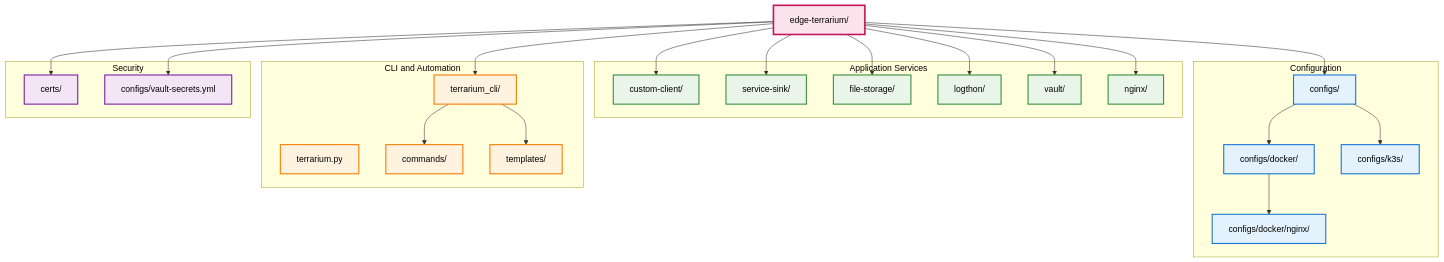
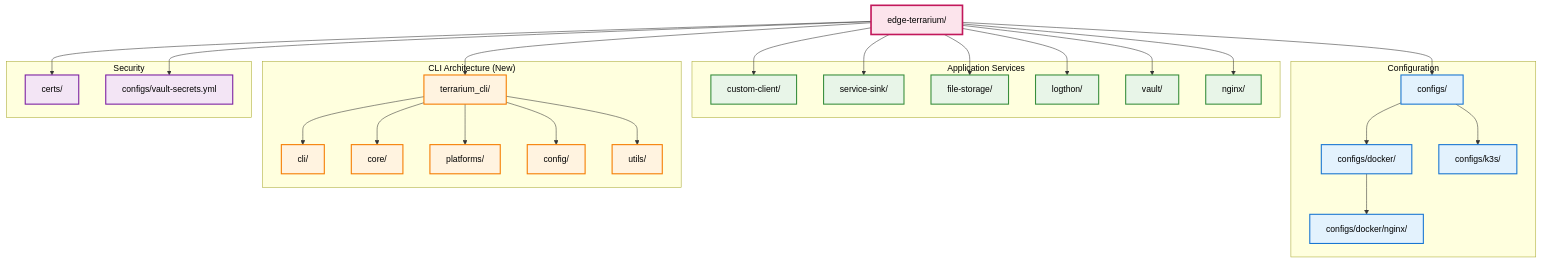
The diagram in docs/project-structure.md (aztechead/edge-terrarium), drawn with Mermaid before and after one commit. The commit also changed other lines of this file and 57 other files, not shown here.

````diff
--- a/docs/project-structure.md
+++ b/docs/project-structure.md
@@ -7,63 +7,68 @@
 ```mermaid
 %%{init: {'themeVariables': {'darkMode': true}}}%%
 flowchart TD
     ROOT[edge-terrarium/]
     
     subgraph "Application Services"
         CC[custom-client/]
         SS[service-sink/]
         FS[file-storage/]
         LT[logthon/]
         V[vault/]
         N[nginx/]
     end
     
     subgraph "Configuration"
         CONFIG[configs/]
         DOCKER[configs/docker/]
         K3S[configs/k3s/]
-        NGINX[configs/docker/nginx/]
+        NGINX_CONF[configs/docker/nginx/]
     end
     
-    subgraph "CLI and Automation"
+    subgraph "CLI Architecture (New)"
         CLI[terrarium_cli/]
-        PYTHON[terrarium.py]
-        COMMANDS[commands/]
-        TEMPLATES[templates/]
+        CLI_LAYER[cli/]
+        CORE_LAYER[core/]
+        PLATFORMS_LAYER[platforms/]
+        CONFIG_LAYER[config/]
+        UTILS_LAYER[utils/]
     end
     
     subgraph "Security"
         CERTS[certs/]
         VAULT_SECRETS[configs/vault-secrets.yml]
     end
     
     ROOT --> CC
     ROOT --> SS
     ROOT --> FS
     ROOT --> LT
     ROOT --> V
     ROOT --> N
     ROOT --> CONFIG
     ROOT --> CLI
     ROOT --> CERTS
     ROOT --> VAULT_SECRETS
     
     CONFIG --> DOCKER
     CONFIG --> K3S
-    DOCKER --> NGINX
+    DOCKER --> NGINX_CONF
     
-    CLI --> COMMANDS
-    CLI --> TEMPLATES
+    CLI --> CLI_LAYER
+    CLI --> CORE_LAYER
+    CLI --> PLATFORMS_LAYER
+    CLI --> CONFIG_LAYER
+    CLI --> UTILS_LAYER
     
     classDef app fill:#e8f5e8,stroke:#388e3c,stroke-width:2px,color:#000
     classDef config fill:#e3f2fd,stroke:#1976d2,stroke-width:2px,color:#000
     classDef cli fill:#fff3e0,stroke:#f57c00,stroke-width:2px,color:#000
     classDef security fill:#f3e5f5,stroke:#7b1fa2,stroke-width:2px,color:#000
     classDef root fill:#fce4ec,stroke:#c2185b,stroke-width:3px,color:#000
     
     class CC,SS,FS,LT,V,N app
-    class CONFIG,DOCKER,K3S,NGINX config
-    class CLI,COMMANDS,TEMPLATES,PYTHON cli
+    class CONFIG,DOCKER,K3S,NGINX_CONF config
+    class CLI,CLI_LAYER,CORE_LAYER,PLATFORMS_LAYER,CONFIG_LAYER,UTILS_LAYER cli
     class CERTS,VAULT_SECRETS security
     class ROOT root
 ```
````
